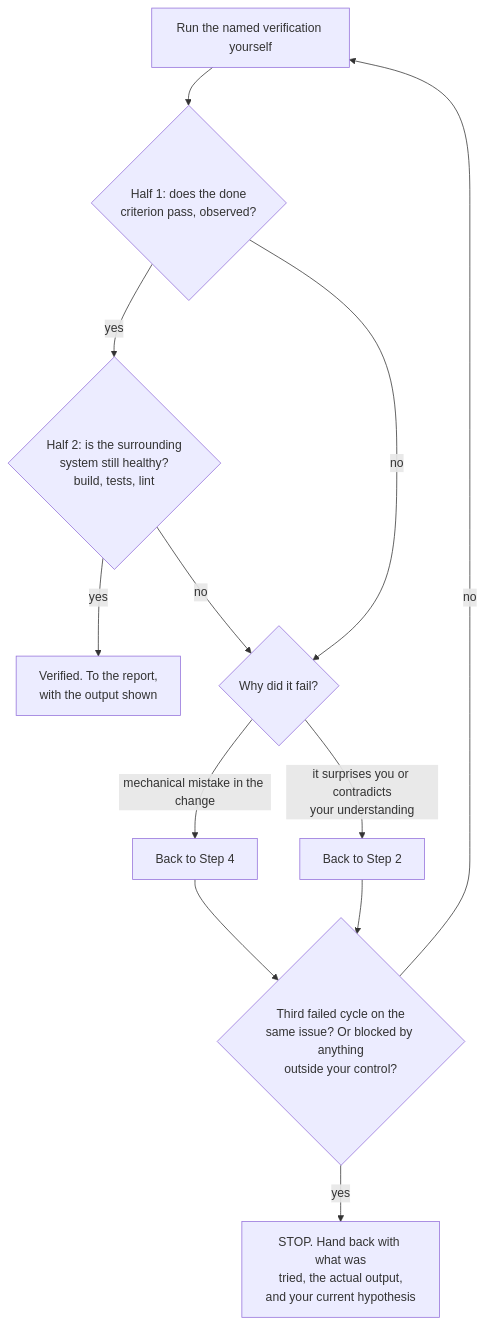
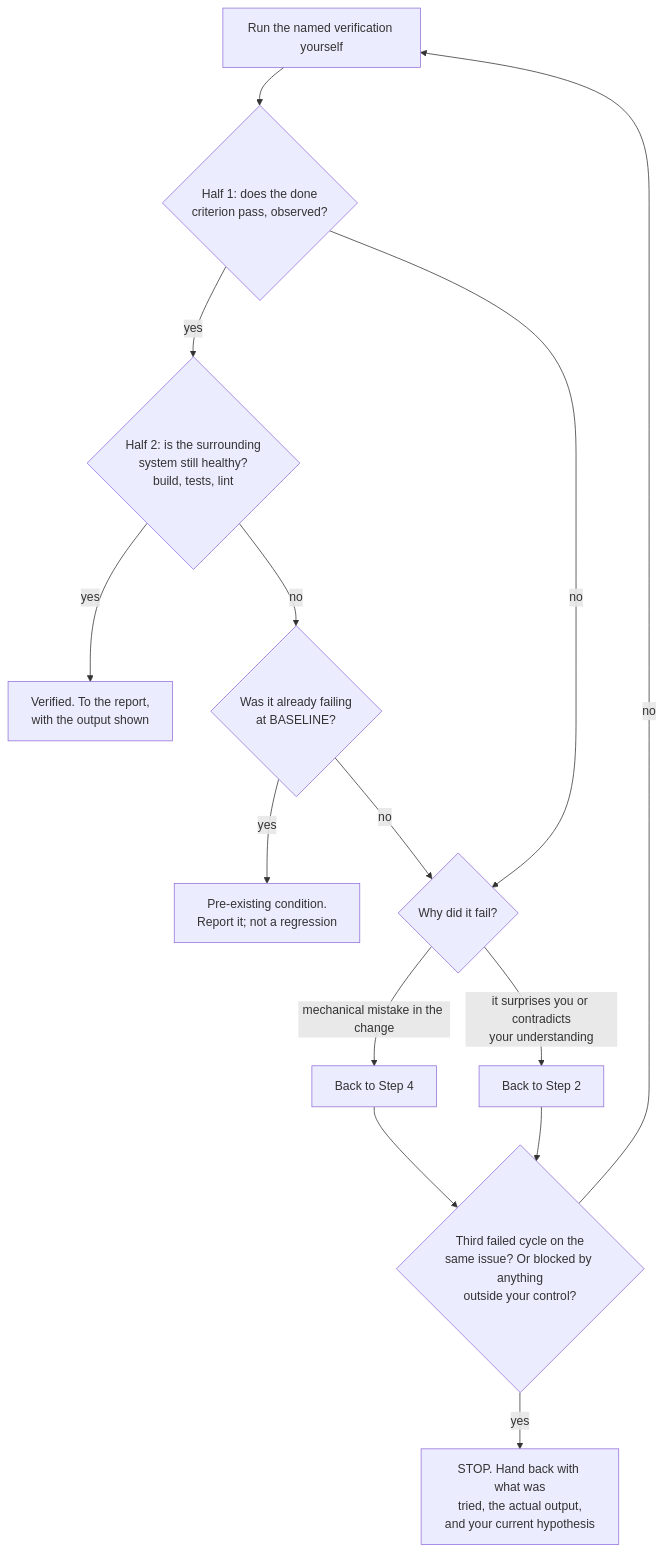
Before and after one commit to attawitcto/opencode-fable-method: the sixth of 8 diagrams in skills/fable-method/references/flowcharts.md, drawn with Mermaid. The commit also changed 7 other files, not shown here.

````diff
--- a/skills/fable-method/references/flowcharts.md
+++ b/skills/fable-method/references/flowcharts.md
@@ -93,14 +93,16 @@
 ```mermaid
 flowchart TD
     V["Run the named verification yourself"] --> H1{"Half 1: does the done<br/>criterion pass, observed?"}
     H1 -->|yes| H2{"Half 2: is the surrounding<br/>system still healthy?<br/>build, tests, lint"}
     H2 -->|yes| OK["Verified. To the report,<br/>with the output shown"]
     H1 -->|no| WHY{"Why did it fail?"}
-    H2 -->|no| WHY
+    H2 -->|no| BASE{"Was it already failing<br/>at BASELINE?"}
+    BASE -->|yes| PRE["Pre-existing condition.<br/>Report it; not a regression"]
+    BASE -->|no| WHY
     WHY -->|"mechanical mistake in the change"| BACK4["Back to Step 4"]
     WHY -->|"it surprises you or contradicts<br/>your understanding"| BACK2["Back to Step 2"]
     BACK4 --> CNT{"Third failed cycle on the<br/>same issue? Or blocked by anything<br/>outside your control?"}
     BACK2 --> CNT
     CNT -->|no| V
     CNT -->|yes| HAND["STOP. Hand back with what was<br/>tried, the actual output,<br/>and your current hypothesis"]
 ```
````
